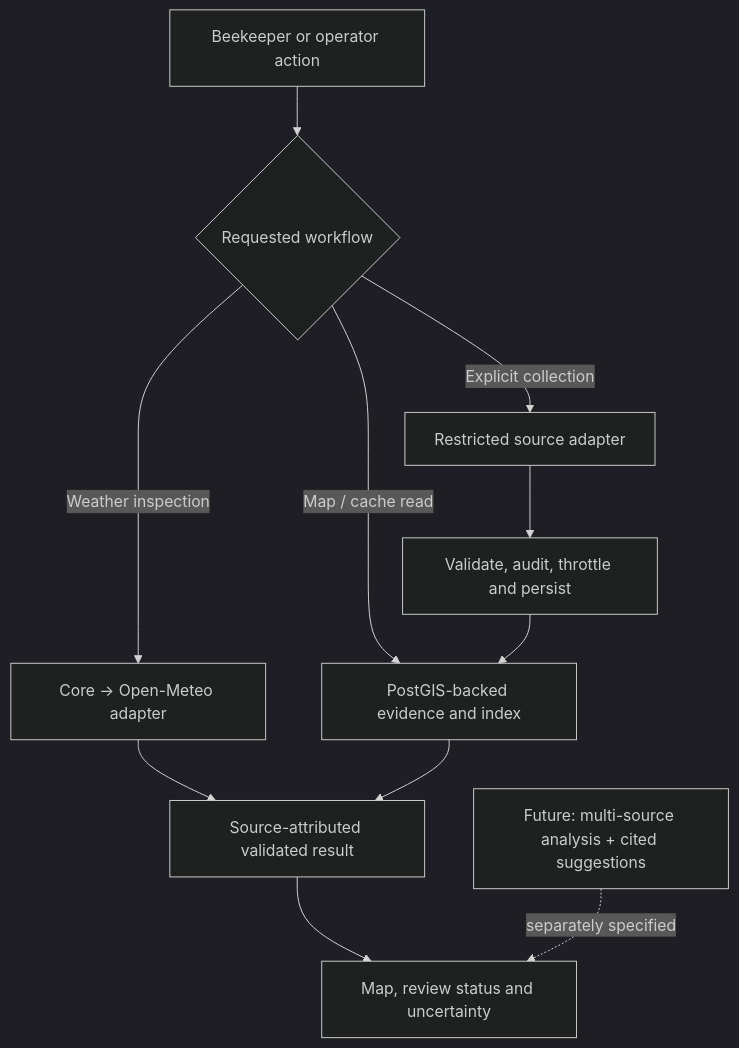
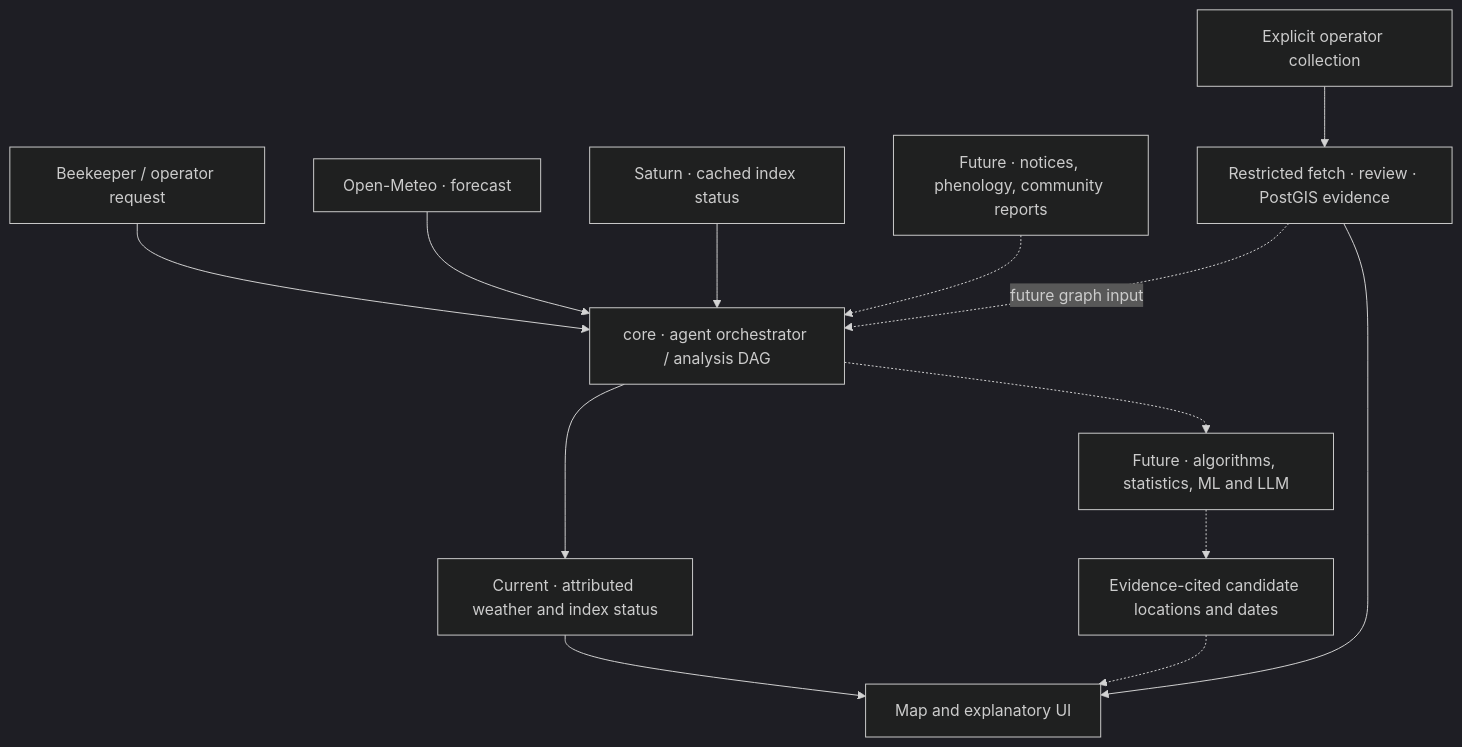
One commit to PermieGeo/melliatlas_v01 changed the second of 2 diagrams in README.md. Above: the diagram before and after it, drawn with Mermaid (dark theme). The commit also changed other lines of this file and 19 other files, not shown here.

````diff
--- a/README.md
+++ b/README.md
@@ -52,13 +54,15 @@
 ```mermaid
 flowchart TD
-    User["Beekeeper or operator action"] --> Choice{"Requested workflow"}
-    Choice -->|Weather inspection| Weather["Core → Open-Meteo adapter"]
-    Choice -->|Map / cache read| Stored["PostGIS-backed evidence and index"]
-    Choice -->|Explicit collection| Ingest["Restricted source adapter"]
-    Weather --> Response["Source-attributed validated result"]
-    Stored --> Response
-    Ingest --> Check["Validate, audit, throttle and persist"]
-    Check --> Stored
-    Response --> Map["Map, review status and uncertainty"]
-    Future["Future: multi-source analysis + cited suggestions"] -. "separately specified" .-> Map
+    Request["Beekeeper / operator request"] --> Orchestrator["core · agent orchestrator / analysis DAG"]
+    Weather["Open-Meteo · forecast"] --> Orchestrator
+    Saturn["Saturn · cached index status"] --> Orchestrator
+    FutureSources["Future · notices, phenology, community reports"] -.-> Orchestrator
+    Orchestrator --> Current["Current · attributed weather and index status"]
+    Orchestrator -.-> Analysis["Future · algorithms, statistics, ML and LLM"]
+    Analysis -.-> Candidates["Evidence-cited candidate locations and dates"]
+    Current --> UI["Map and explanatory UI"]
+    Candidates -.-> UI
+    Operator["Explicit operator collection"] --> Evidence["Restricted fetch · review · PostGIS evidence"]
+    Evidence --> UI
+    Evidence -. "future graph input" .-> Orchestrator
 ```
````
